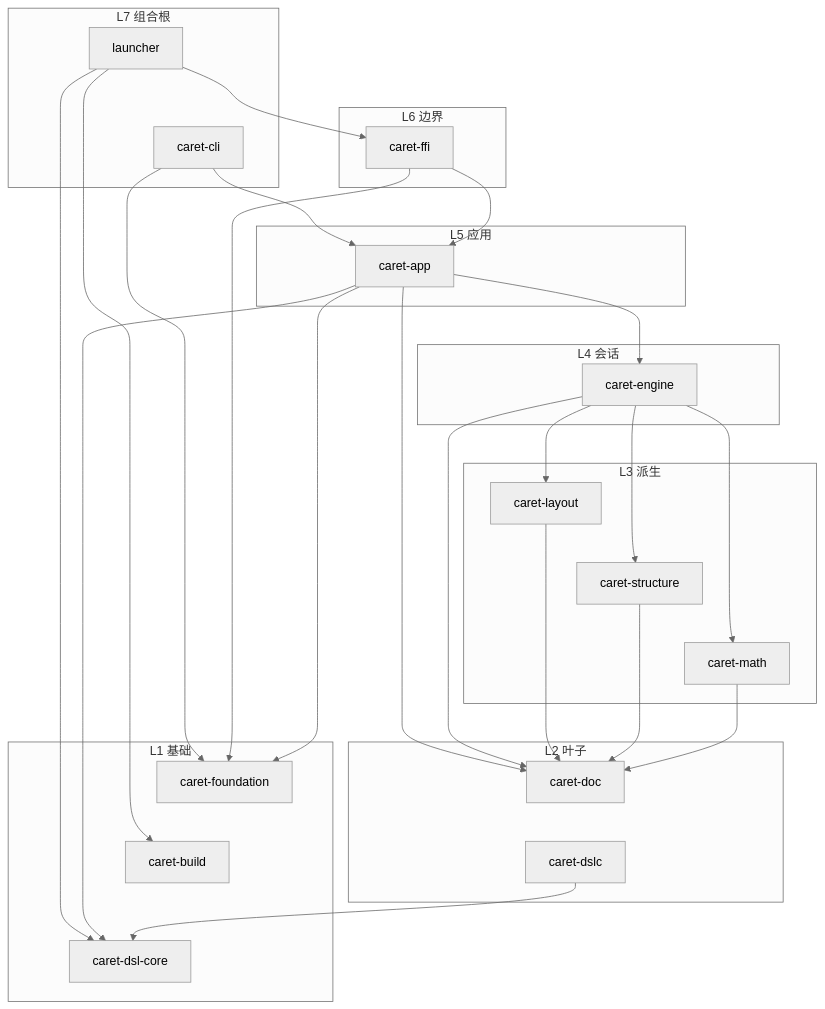
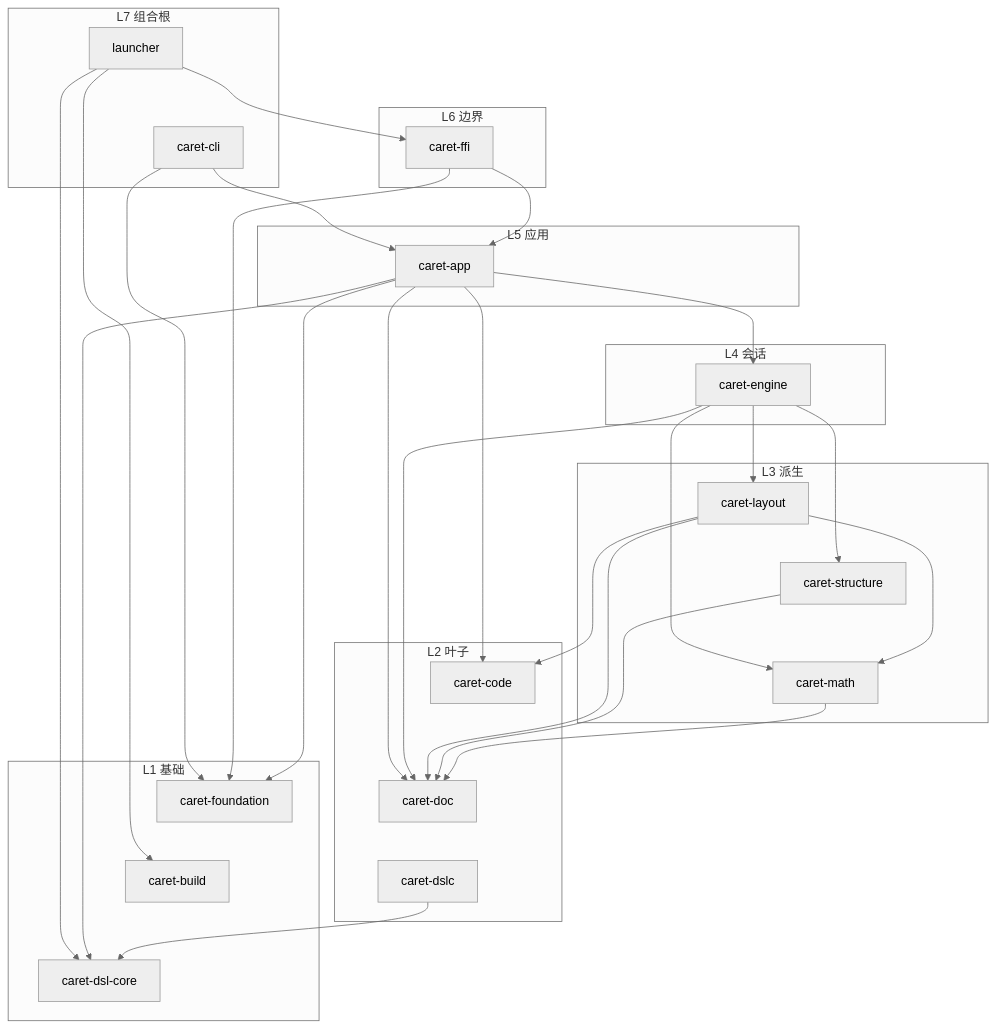
One commit to VibeSTEM/caret changed the first of 2 diagrams in ai-docs/standards/layering/dependency-graphs.md. Above: the diagram before and after it, drawn with Mermaid (neutral theme). The commit also changed 66 other files, not shown here.

````diff
--- a/ai-docs/standards/layering/dependency-graphs.md
+++ b/ai-docs/standards/layering/dependency-graphs.md
@@ -5,56 +5,61 @@
 ```mermaid
 flowchart TB
   subgraph L7["L7 组合根"]
     launcher["launcher"]
     cli["caret-cli"]
   end
   subgraph L6["L6 边界"]
     ffi["caret-ffi"]
   end
   subgraph L5["L5 应用"]
     app["caret-app"]
   end
   subgraph L4["L4 会话"]
     engine["caret-engine"]
   end
   subgraph L3["L3 派生"]
     layout["caret-layout"]
     structure["caret-structure"]
     math["caret-math"]
   end
   subgraph L2["L2 叶子"]
+    code["caret-code"]
     doc["caret-doc"]
     dslc["caret-dslc"]
   end
   subgraph L1["L1 基础"]
     foundation["caret-foundation"]
     build["caret-build"]
     dslcore["caret-dsl-core"]
   end
 
   launcher --> ffi
   launcher --> build
   launcher --> dslcore
   cli --> app
   cli --> foundation
   launcher ~~~ cli
   ffi --> app
   ffi --> foundation
   app --> engine
   app --> dslcore
+  app --> code
   app --> doc
   app --> foundation
   engine --> doc
   engine --> layout
   engine --> structure
   engine --> math
   layout --> doc
+  layout --> code
+  layout --> math
   structure --> doc
   math --> doc
   dslc --> dslcore
   layout ~~~ structure
   structure ~~~ math
   doc ~~~ dslc
   foundation ~~~ build
+  code ~~~ doc
   build ~~~ dslcore
 ```
````
